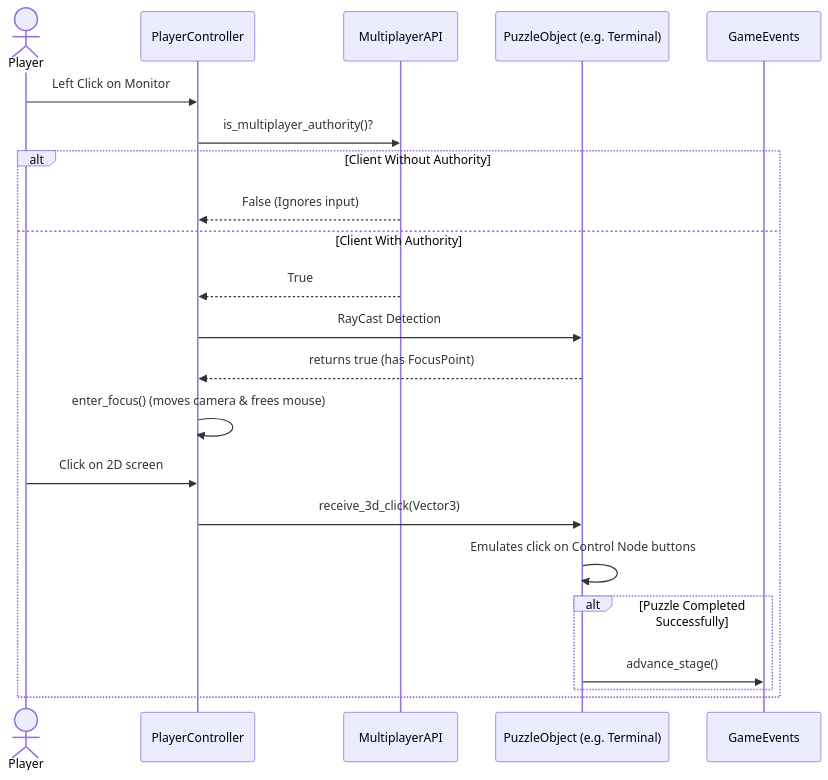
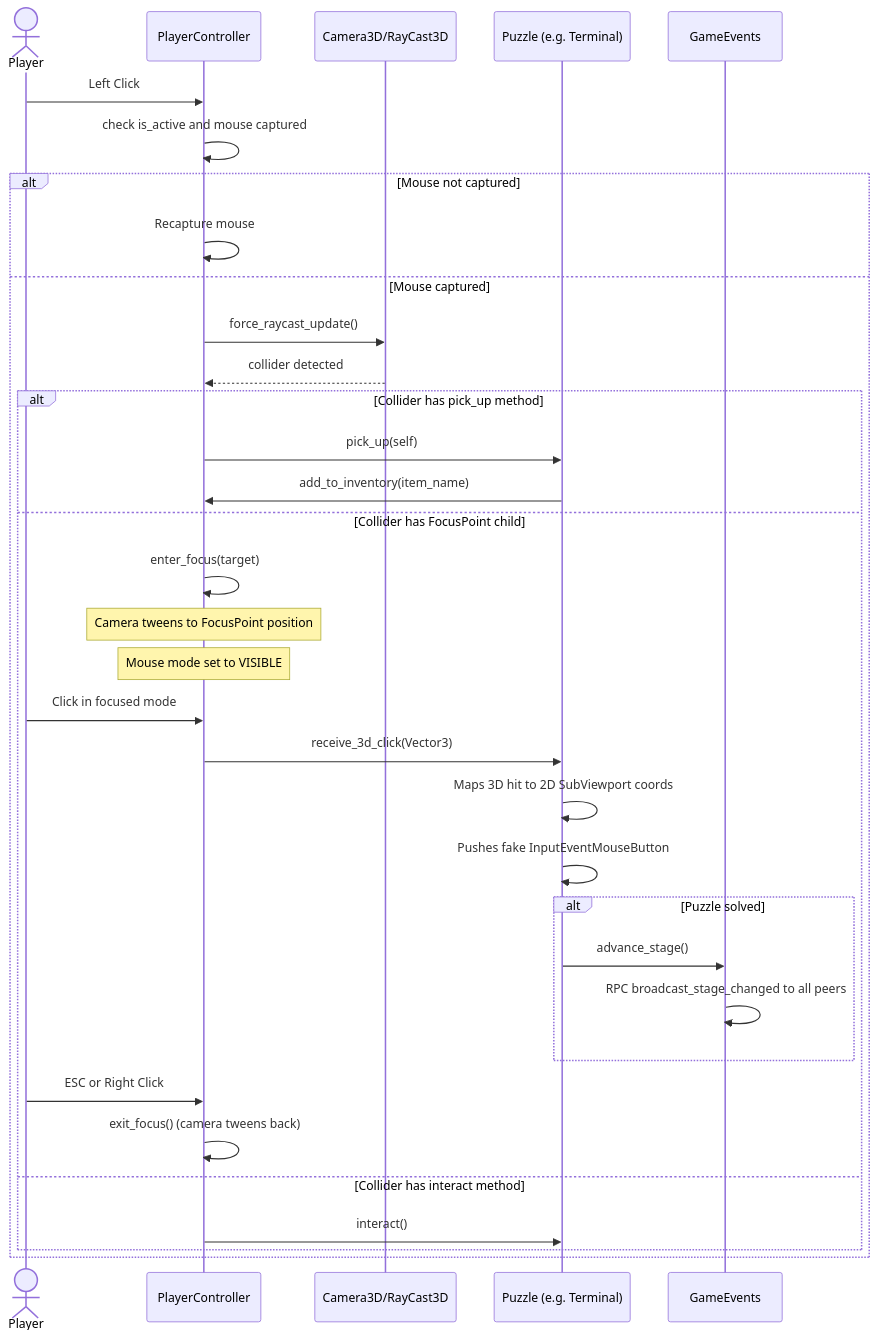
Before and after one commit to neica200/Echo-Chamber-Coop: the third of 10 diagrams in diagrame_arhitectura.md, drawn with Mermaid. The commit also changed other lines of this file, not shown here.

Commit message:
update diagrams

````diff
--- a/diagrame_arhitectura.md
+++ b/diagrame_arhitectura.md
@@ -108,28 +202,41 @@
 ```mermaid
 sequenceDiagram
     actor Player
-    participant PlayerController
-    participant MultiplayerAPI
-    participant PuzzleObject as PuzzleObject (e.g. Terminal)
-    participant GameEvents
+    participant PC as PlayerController
+    participant RayCast as Camera3D/RayCast3D
+    participant Puzzle as Puzzle (e.g. Terminal)
+    participant GE as GameEvents
 
-    Player->>PlayerController: Left Click on Monitor
-    PlayerController->>MultiplayerAPI: is_multiplayer_authority()?
-    
-    alt Client Without Authority
-        MultiplayerAPI-->>PlayerController: False (Ignores input)
-    else Client With Authority
-        MultiplayerAPI-->>PlayerController: True
-        PlayerController->>PuzzleObject: RayCast Detection
-        PuzzleObject-->>PlayerController: returns true (has FocusPoint)
-        PlayerController->>PlayerController: enter_focus() (moves camera & frees mouse)
-        
-        Player->>PlayerController: Click on 2D screen
-        PlayerController->>PuzzleObject: receive_3d_click(Vector3)
-        PuzzleObject->>PuzzleObject: Emulates click on Control Node buttons
-        
-        alt Puzzle Completed Successfully
-            PuzzleObject->>GameEvents: advance_stage()
+    Player->>PC: Left Click
+    PC->>PC: check is_active and mouse captured
+
+    alt Mouse not captured
+        PC->>PC: Recapture mouse
+    else Mouse captured
+        PC->>RayCast: force_raycast_update()
+        RayCast-->>PC: collider detected
+
+        alt Collider has pick_up method
+            PC->>Puzzle: pick_up(self)
+            Puzzle->>PC: add_to_inventory(item_name)
+        else Collider has FocusPoint child
+            PC->>PC: enter_focus(target)
+            Note over PC: Camera tweens to FocusPoint position
+            Note over PC: Mouse mode set to VISIBLE
+            Player->>PC: Click in focused mode
+            PC->>Puzzle: receive_3d_click(Vector3)
+            Puzzle->>Puzzle: Maps 3D hit to 2D SubViewport coords
+            Puzzle->>Puzzle: Pushes fake InputEventMouseButton
+
+            alt Puzzle solved
+                Puzzle->>GE: advance_stage()
+                GE->>GE: RPC broadcast_stage_changed to all peers
+            end
+
+            Player->>PC: ESC or Right Click
+            PC->>PC: exit_focus() (camera tweens back)
+        else Collider has interact method
+            PC->>Puzzle: interact()
         end
     end
 ```
````
